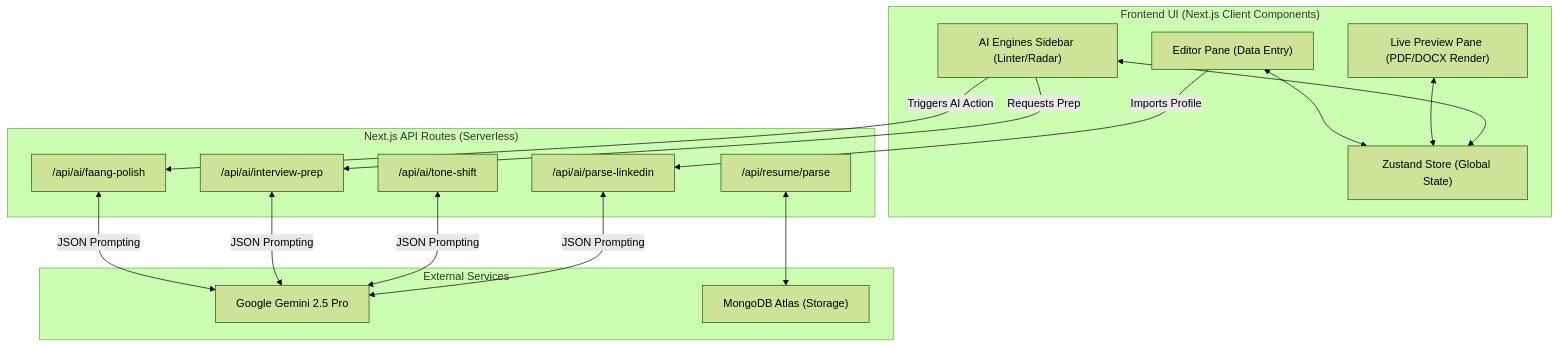
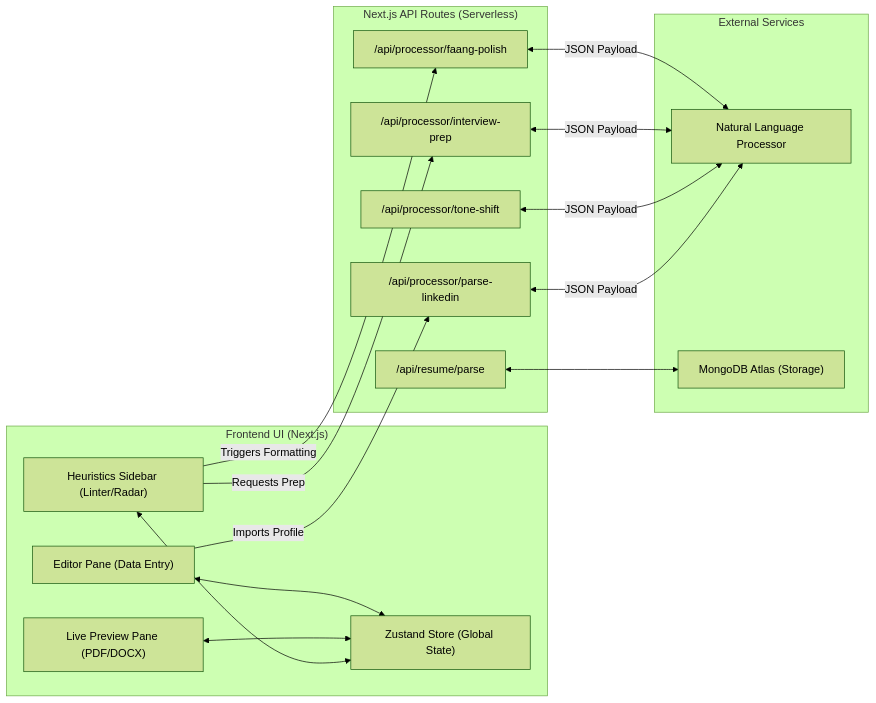
Before and after one commit to Ayush-kathil/resume-builder: the diagram in README.md, drawn with Mermaid (forest theme). The commit also changed other lines of this file, not shown here.

Commit message:
docs: make architecture diagram horizontal and sanitize AI terminology for professional presentation

````diff
--- a/README.md
+++ b/README.md
@@ -46,41 +46,41 @@
 ```mermaid
-graph TD
+graph LR
     %% Client Layer
-    subgraph Client ["Frontend UI (Next.js Client Components)"]
+    subgraph Client ["Frontend UI (Next.js)"]
         Zustand["Zustand Store (Global State)"]
         Editor["Editor Pane (Data Entry)"]
-        Preview["Live Preview Pane (PDF/DOCX Render)"]
-        Sidebar["AI Engines Sidebar (Linter/Radar)"]
+        Preview["Live Preview Pane (PDF/DOCX)"]
+        Sidebar["Heuristics Sidebar (Linter/Radar)"]
         
         Editor <--> Zustand
         Preview <--> Zustand
         Sidebar <--> Zustand
     end
 
     %% Backend API Layer
     subgraph Backend ["Next.js API Routes (Serverless)"]
         Parse["/api/resume/parse"]
-        Polish["/api/ai/faang-polish"]
-        Interview["/api/ai/interview-prep"]
-        Tone["/api/ai/tone-shift"]
-        LinkedIn["/api/ai/parse-linkedin"]
+        Polish["/api/processor/faang-polish"]
+        Interview["/api/processor/interview-prep"]
+        Tone["/api/processor/tone-shift"]
+        LinkedIn["/api/processor/parse-linkedin"]
     end
 
-    %% External Services
-    subgraph External ["External Services"]
-        Gemini["Google Gemini 2.5 Pro"]
+    %% NLP / DB Layer
+    subgraph Services ["External Services"]
+        NLP["Natural Language Processor"]
         MongoDB["MongoDB Atlas (Storage)"]
     end
 
     %% Data Flow
-    Sidebar -->|"Triggers AI Action"| Polish
+    Sidebar -->|"Triggers Formatting"| Polish
     Sidebar -->|"Requests Prep"| Interview
     Editor -->|"Imports Profile"| LinkedIn
     
-    Polish <-->|"JSON Prompting"| Gemini
-    Interview <-->|"JSON Prompting"| Gemini
-    Tone <-->|"JSON Prompting"| Gemini
-    LinkedIn <-->|"JSON Prompting"| Gemini
+    Polish <-->|"JSON Payload"| NLP
+    Interview <-->|"JSON Payload"| NLP
+    Tone <-->|"JSON Payload"| NLP
+    LinkedIn <-->|"JSON Payload"| NLP
     
     Parse <--> MongoDB
 ```
````
